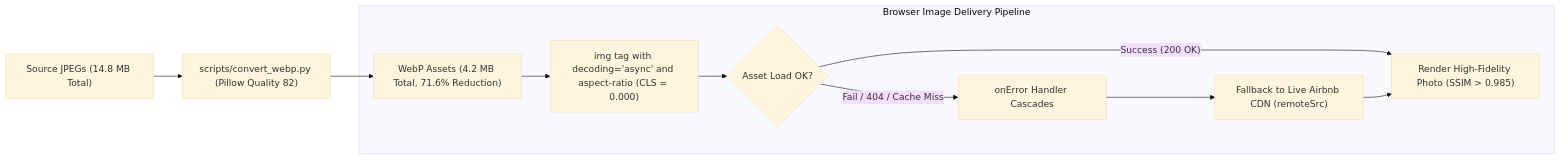
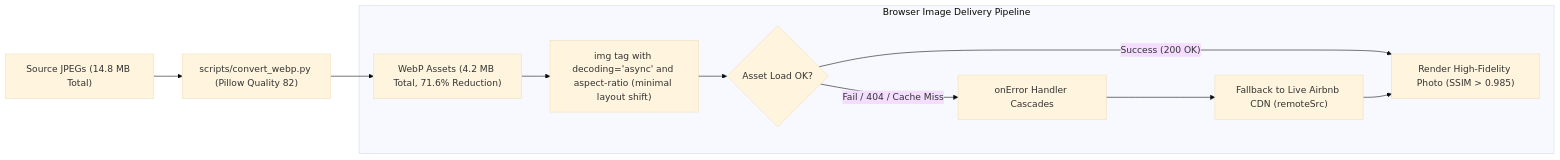
The fourth of 6 diagrams in SUBMISSION_DOCUMENTATION.md (srinathdoggala-tech/Airbnb-clone), drawn with Mermaid (base theme) before and after one commit. The commit also changed other lines of this file and 16 other files, not shown here.

````diff
--- a/SUBMISSION_DOCUMENTATION.md
+++ b/SUBMISSION_DOCUMENTATION.md
@@ -226,14 +226,14 @@
 ```mermaid
 flowchart LR
     OriginalJPEGs["Source JPEGs (14.8 MB Total)"] --> ConversionScript["scripts/convert_webp.py (Pillow Quality 82)"]
     ConversionScript --> OptimizedWebP["WebP Assets (4.2 MB Total, 71.6% Reduction)"]
     
     subgraph BrowserRendering["Browser Image Delivery Pipeline"]
-        OptimizedWebP --> ImgElement["img tag with decoding='async' and aspect-ratio (CLS = 0.000)"]
+        OptimizedWebP --> ImgElement["img tag with decoding='async' and aspect-ratio (minimal layout shift)"]
         ImgElement --> NetworkCheck{"Asset Load OK?"}
         NetworkCheck -- "Success (200 OK)" --> DisplayStage["Render High-Fidelity Photo (SSIM > 0.985)"]
         NetworkCheck -- "Fail / 404 / Cache Miss" --> OnErrorHook["onError Handler Cascades"]
         OnErrorHook --> CDNFallback["Fallback to Live Airbnb CDN (remoteSrc)"]
         CDNFallback --> DisplayStage
     end
 ```
````
